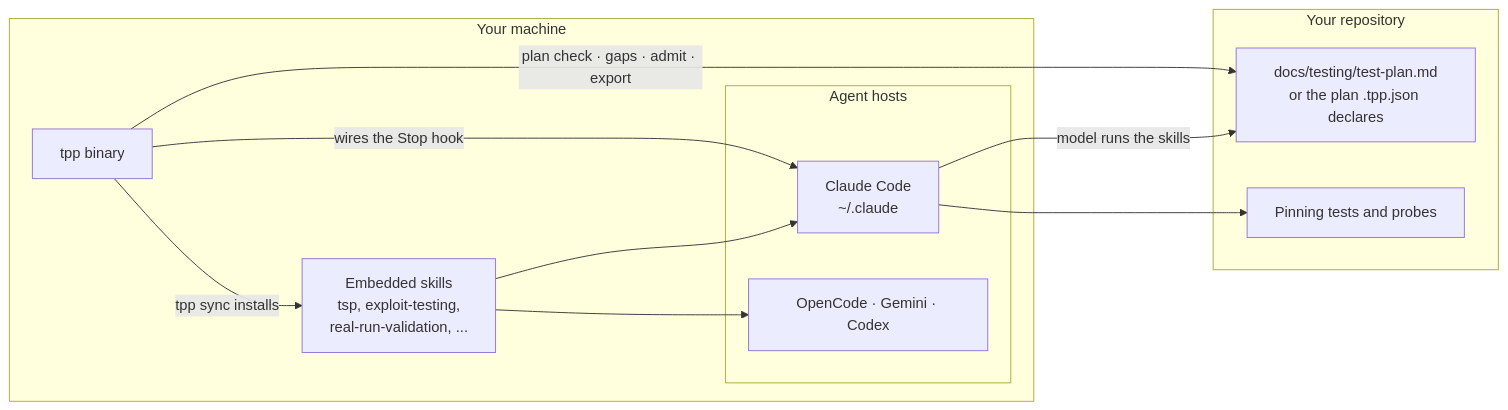
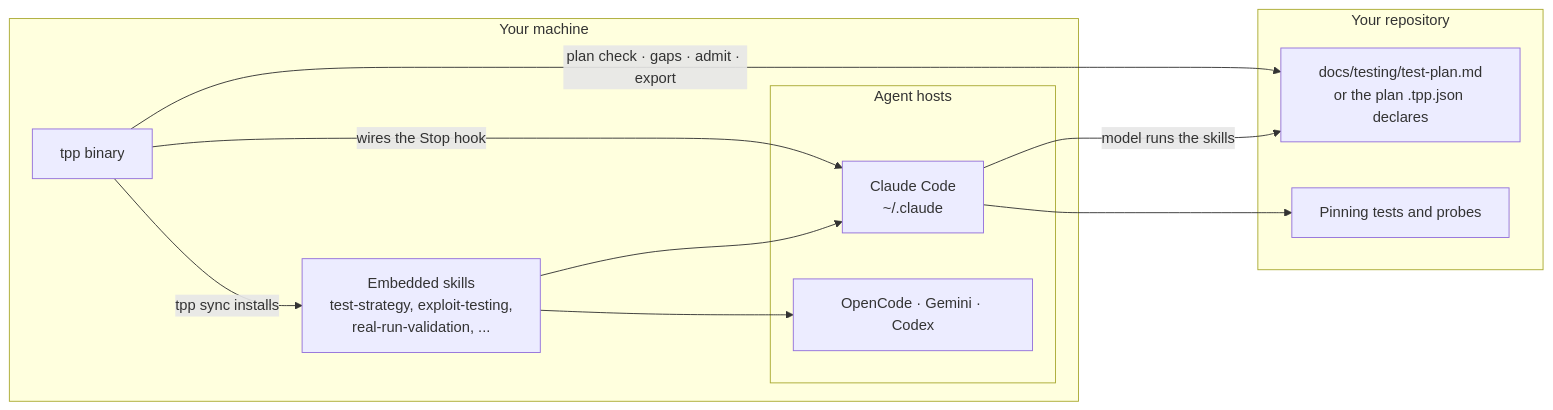
The first of 4 diagrams in README.md (alesierraalta/tpp), drawn with Mermaid before and after one commit. The commit also changed other lines of this file and 90 other files, not shown here.

Commit message:
fix(skills): restore test-strategy identity and discovery triggers

````diff
--- a/README.md
+++ b/README.md
@@ -21,22 +21,22 @@
 ```mermaid
 flowchart LR
     subgraph machine[Your machine]
         tpp[tpp binary]
         subgraph hosts[Agent hosts]
             claude[Claude Code<br/>~/.claude]
             others[OpenCode · Gemini · Codex]
         end
-        skills[Embedded skills<br/>tsp, exploit-testing,<br/>real-run-validation, ...]
+        skills[Embedded skills<br/>test-strategy, exploit-testing,<br/>real-run-validation, ...]
     end
     subgraph repo[Your repository]
         plan[docs/testing/test-plan.md<br/>or the plan .tpp.json declares]
         tests[Pinning tests and probes]
     end
     tpp -- "tpp sync installs" --> skills
     skills --> claude
     skills --> others
     tpp -- "wires the Stop hook" --> claude
     claude -- "model runs the skills" --> plan
     claude --> tests
     tpp -- "plan check · gaps · admit · export" --> plan
 ```
````
